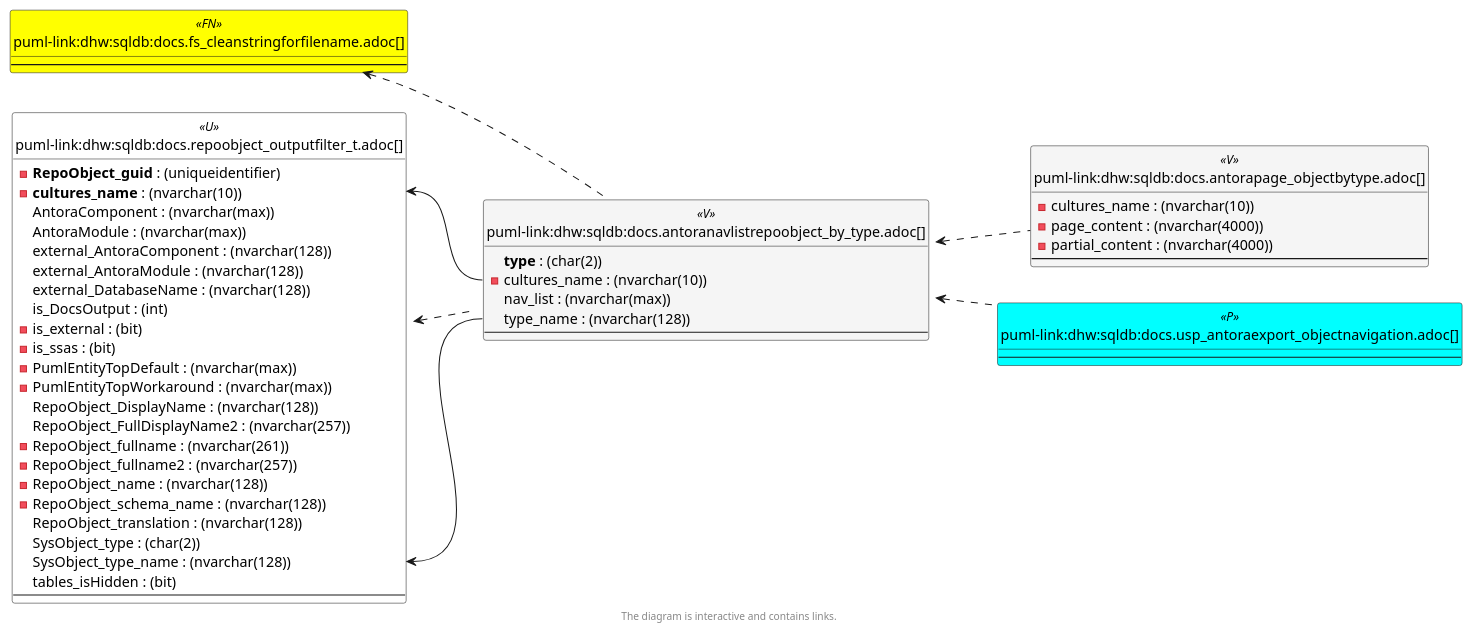
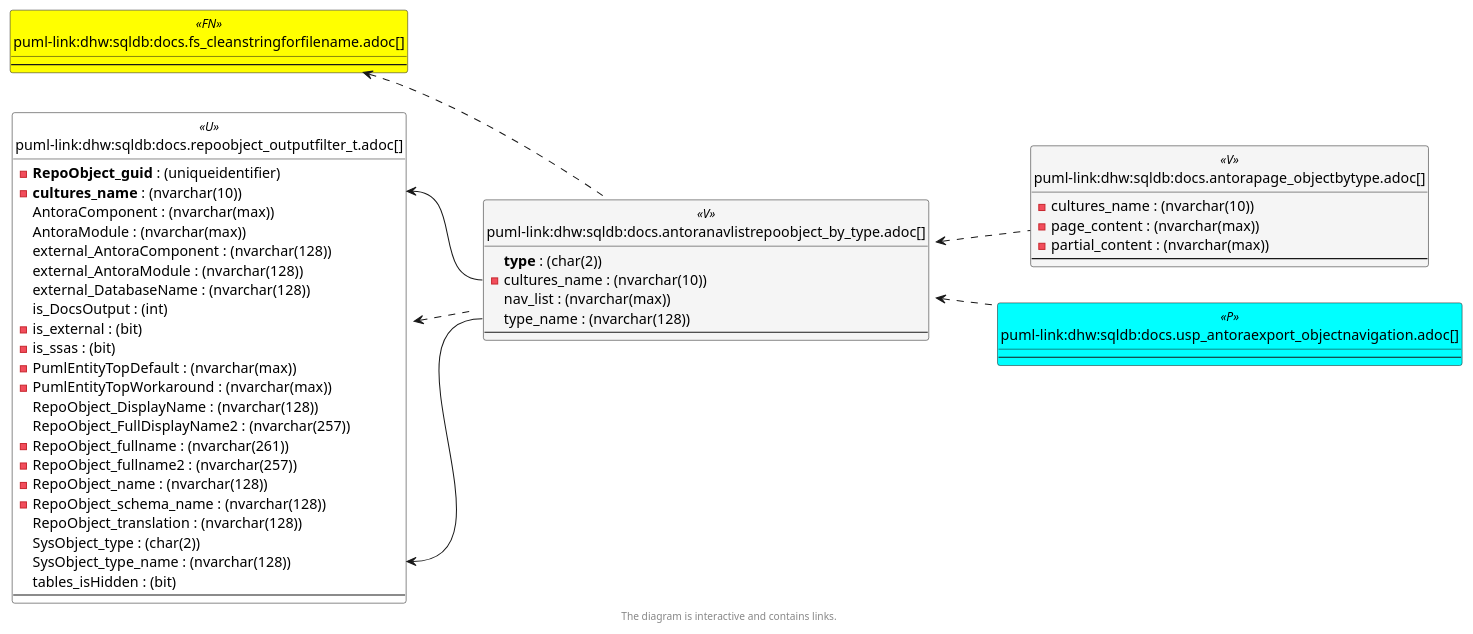
One commit to DataHandwerk/dhw-antora-sqldb changed the sixth of 6 diagrams in docs/modules/sqldb/partials/content/docs.antoranavlistrepoobject_by_type.adoc. Above: the diagram before and after it, drawn with PlantUML. The commit also changed 701 other files, not shown here.

```diff
--- a/docs/modules/sqldb/partials/content/docs.antoranavlistrepoobject_by_type.adoc
+++ b/docs/modules/sqldb/partials/content/docs.antoranavlistrepoobject_by_type.adoc
@@ -1584,8 +1584,8 @@
 
 entity "puml-link:dhw:sqldb:docs.antorapage_objectbytype.adoc[]" as docs.AntoraPage_ObjectByType << V >> {
   - cultures_name : (nvarchar(10))
-  - page_content : (nvarchar(4000))
-  - partial_content : (nvarchar(4000))
+  - page_content : (nvarchar(max))
+  - partial_content : (nvarchar(max))
   --
 }
 
```
